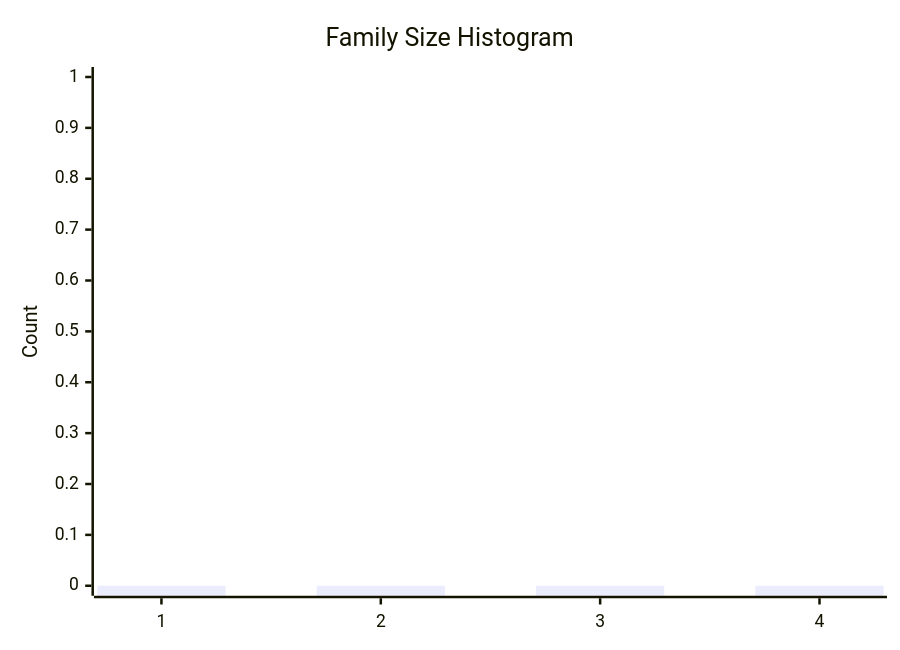
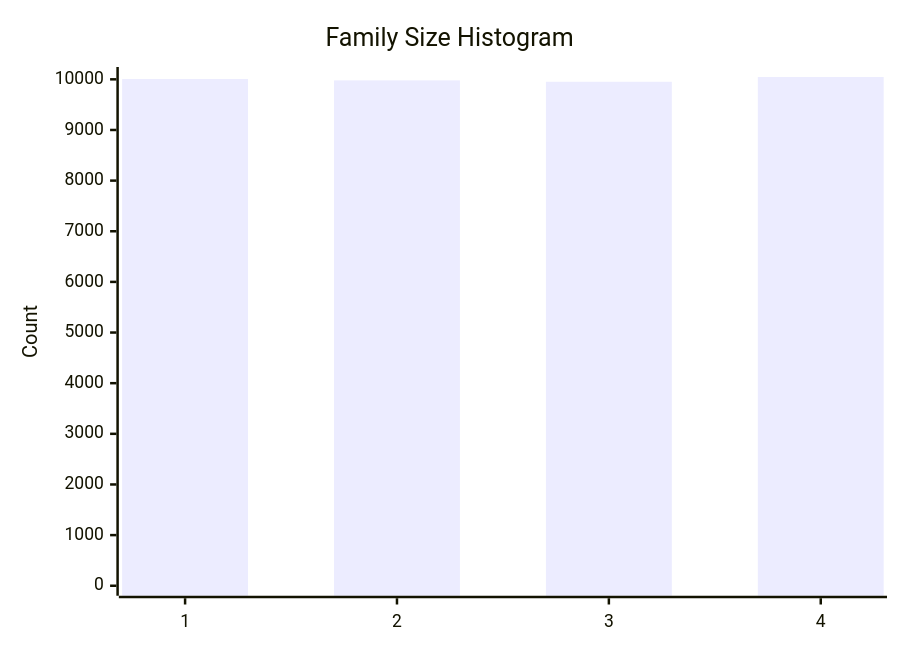
One commit to dhagan-va/intern-2025 changed the fifth of 10 diagrams in test-tools/DataGen/src/Statistics_Visualizer.md. Above: the diagram before and after it, drawn with Mermaid. The commit also changed other lines of this file and 2 other files, not shown here.

Commit message:
update to 270 message count

````diff
--- a/test-tools/DataGen/src/Statistics_Visualizer.md
+++ b/test-tools/DataGen/src/Statistics_Visualizer.md
@@ -60,7 +60,7 @@
 ```mermaid
 xychart-beta
     title "Family Size Histogram"
     x-axis ["1", "2", "3", "4"]
-    y-axis "Count" 0 --> 1
-    bar [0, 0, 0, 0]
+    y-axis "Count" 0 --> 10046
+    bar [10006, 9979, 9952, 10045]
 ```
````
